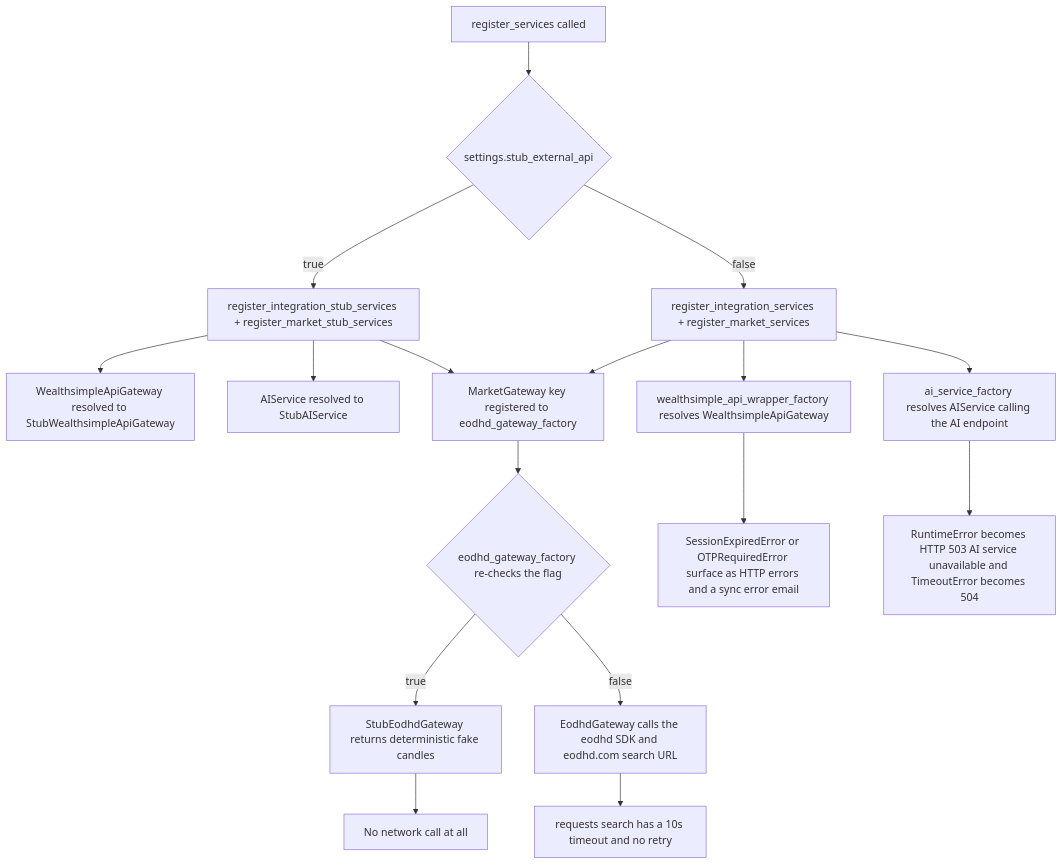
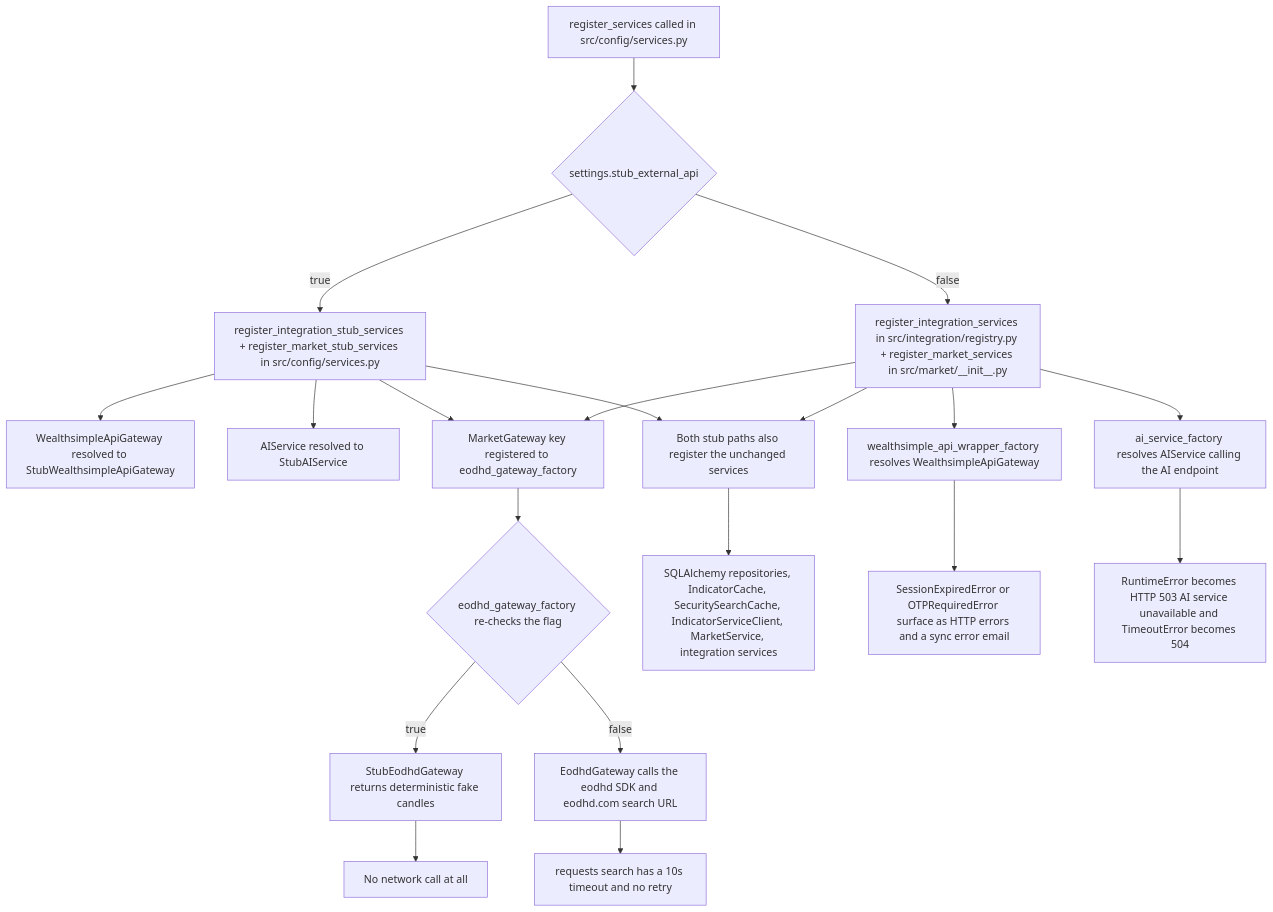
Before and after one commit to havekes/retail-portfolio: the second of 2 diagrams in openwiki/integrations/external-services.md, drawn with Mermaid. The commit also changed other lines of this file and 48 other files, not shown here.

````diff
--- a/openwiki/integrations/external-services.md
+++ b/openwiki/integrations/external-services.md
@@ -142,19 +190,22 @@
 ```mermaid
 flowchart TD
-    A["register_services called"] --> B{"settings.stub_external_api"}
-    B -->|"true"| C["register_integration_stub_services + register_market_stub_services"]
-    B -->|"false"| D["register_integration_services + register_market_services"]
+    A["register_services called in src/config/services.py"] --> B{"settings.stub_external_api"}
+    B -->|"true"| C["register_integration_stub_services + register_market_stub_services in src/config/services.py"]
+    B -->|"false"| D["register_integration_services in src/integration/registry.py + register_market_services in src/market/__init__.py"]
     C --> E["WealthsimpleApiGateway resolved to StubWealthsimpleApiGateway"]
     C --> F["AIService resolved to StubAIService"]
     D --> G["wealthsimple_api_wrapper_factory resolves WealthsimpleApiGateway"]
     D --> H["ai_service_factory resolves AIService calling the AI endpoint"]
     C --> I["MarketGateway key registered to eodhd_gateway_factory"]
     D --> I
     I --> J{"eodhd_gateway_factory re-checks the flag"}
     J -->|"true"| K["StubEodhdGateway returns deterministic fake candles"]
     J -->|"false"| L["EodhdGateway calls the eodhd SDK and eodhd.com search URL"]
+    C --> Q["Both stub paths also register the unchanged services"]
+    D --> Q
+    Q --> R["SQLAlchemy repositories, IndicatorCache, SecuritySearchCache, IndicatorServiceClient, MarketService, integration services"]
     G --> M["SessionExpiredError or OTPRequiredError surface as HTTP errors and a sync error email"]
     H --> N["RuntimeError becomes HTTP 503 AI service unavailable and TimeoutError becomes 504"]
     L --> O["requests search has a 10s timeout and no retry"]
     K --> P["No network call at all"]
 ```
````
